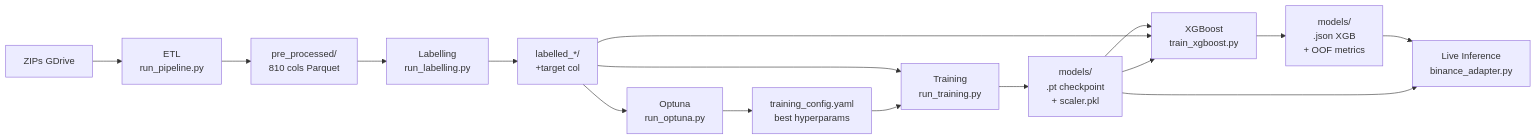
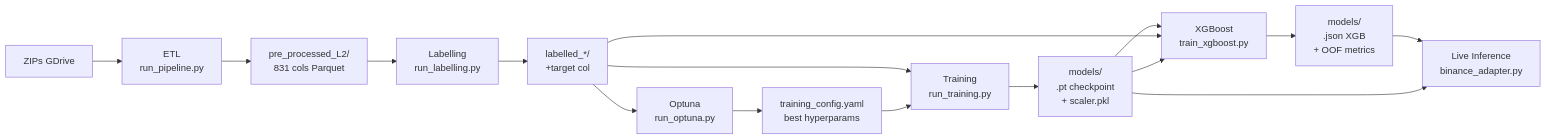
The diagram in docs/6_OPERATIONAL_MANUAL.md (atilioebg/QuantGod_Cloud_TCNLSTM), drawn with Mermaid before and after one commit. The commit also changed other lines of this file and 2 other files, not shown here.

````diff
--- a/docs/6_OPERATIONAL_MANUAL.md
+++ b/docs/6_OPERATIONAL_MANUAL.md
@@ -20,18 +20,18 @@
 ```mermaid
 flowchart LR
     A[ZIPs GDrive] --> B[ETL\nrun_pipeline.py]
-    B --> C[pre_processed/\n810 cols Parquet]
+    B --> C[pre_processed_L2/\n831 cols Parquet]
     C --> D[Labelling\nrun_labelling.py]
     D --> E[labelled_*/\n+target col]
     E --> F[Optuna\nrun_optuna.py]
     F --> G[training_config.yaml\nbest hyperparams]
     E --> H[Training\nrun_training.py]
     G --> H
     H --> I[models/\n.pt checkpoint\n+ scaler.pkl]
     I --> J[XGBoost\ntrain_xgboost.py]
     E --> J
     I --> J
     J --> K[models/\n.json XGB\n+ OOF metrics]
     K --> L[Live Inference\nbinance_adapter.py]
     I --> L
 ```
````
